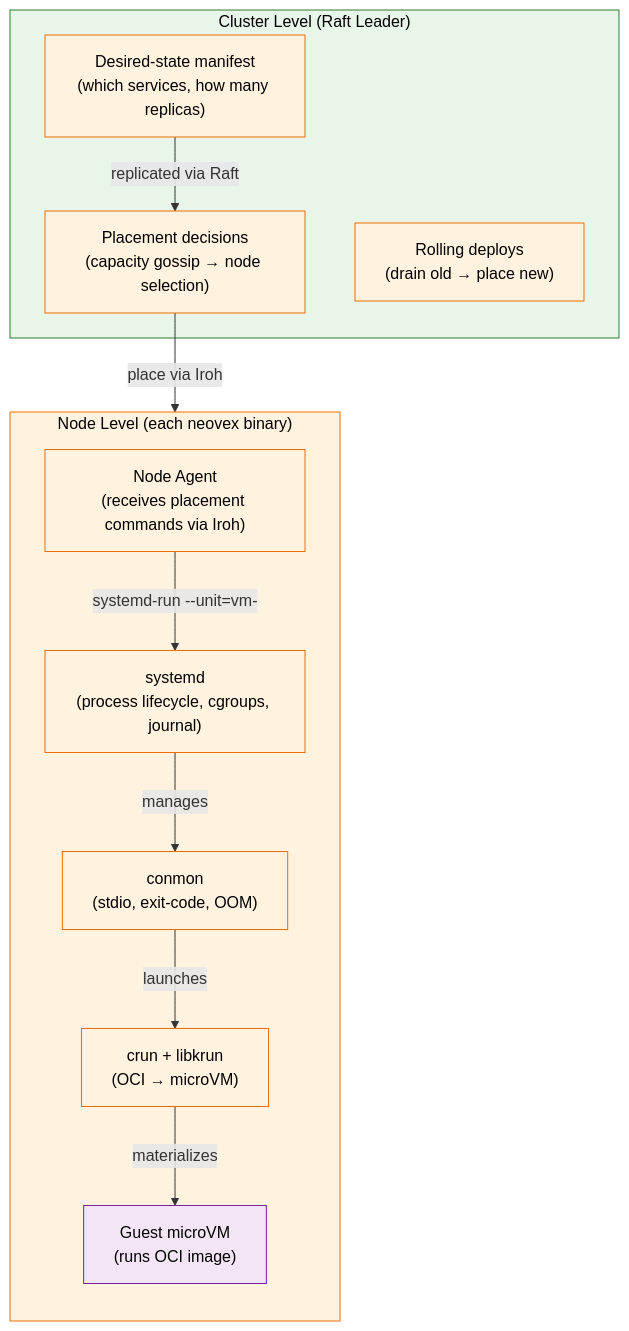
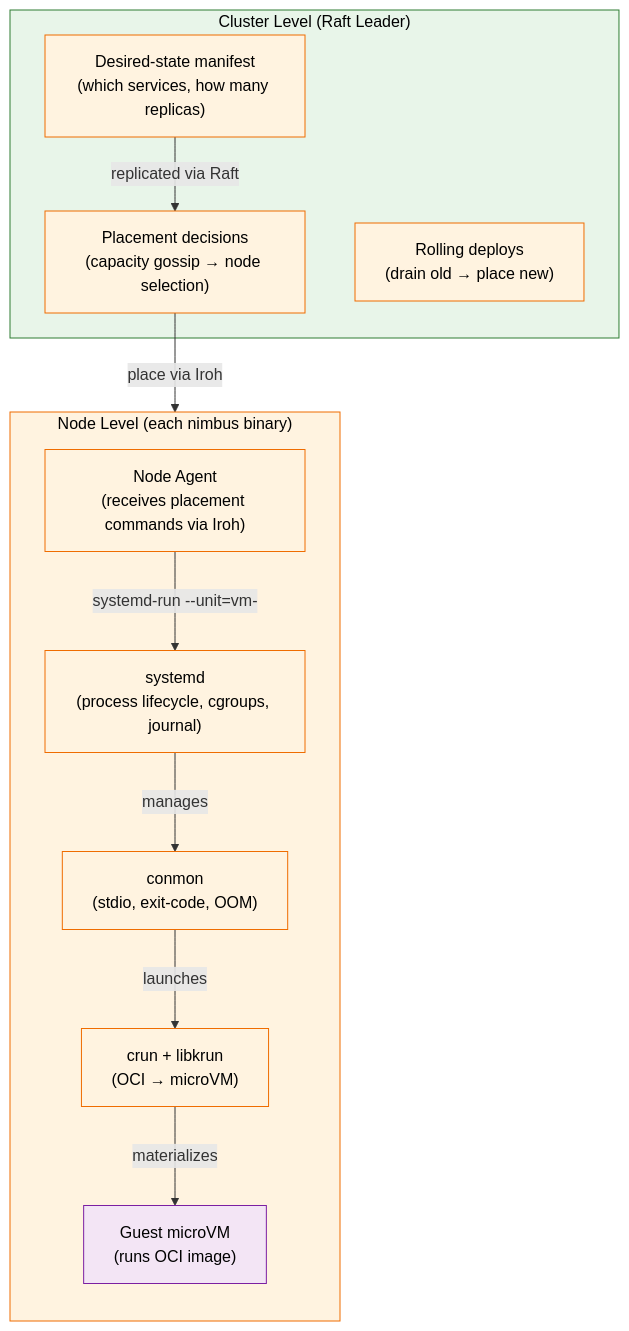
Diagram 16 of 28 in docs/architecture/horizontal-scaling.md (nimbus/nimbus), drawn with Mermaid before and after one commit. The commit also changed other lines of this file and 6725 other files, not shown here.

First line of the commit message:
rename: complete neovex→nimbus rebrand across entire codebase

````diff
--- a/docs/architecture/horizontal-scaling.md
+++ b/docs/architecture/horizontal-scaling.md
@@ -956,33 +956,33 @@
 ```mermaid
 flowchart TD
     subgraph cluster_level["Cluster Level (Raft Leader)"]
         Manifest["Desired-state manifest\n(which services, how many replicas)"]
         Placement["Placement decisions\n(capacity gossip → node selection)"]
         Rollout["Rolling deploys\n(drain old → place new)"]
     end
 
-    subgraph node_level["Node Level (each neovex binary)"]
+    subgraph node_level["Node Level (each nimbus binary)"]
         direction TB
         Agent["Node Agent\n(receives placement commands via Iroh)"]
         Systemd["systemd\n(process lifecycle, cgroups, journal)"]
         Conmon["conmon\n(stdio, exit-code, OOM)"]
         Crun["crun + libkrun\n(OCI → microVM)"]
         VM["Guest microVM\n(runs OCI image)"]
 
         Agent -->|"systemd-run --unit=vm-<id>"| Systemd
         Systemd -->|manages| Conmon
         Conmon -->|launches| Crun
         Crun -->|materializes| VM
     end
 
     Placement -->|"place via Iroh"| Agent
     Manifest -->|"replicated via Raft"| Placement
 
     classDef cluster fill:#e8f5e9,stroke:#2e7d32,color:#000
     classDef node fill:#fff3e0,stroke:#ef6c00,color:#000
     classDef vm fill:#f3e5f5,stroke:#7b1fa2,color:#000
 
     class cluster_level cluster
     class node_level node
     class VM vm
 ```
````
